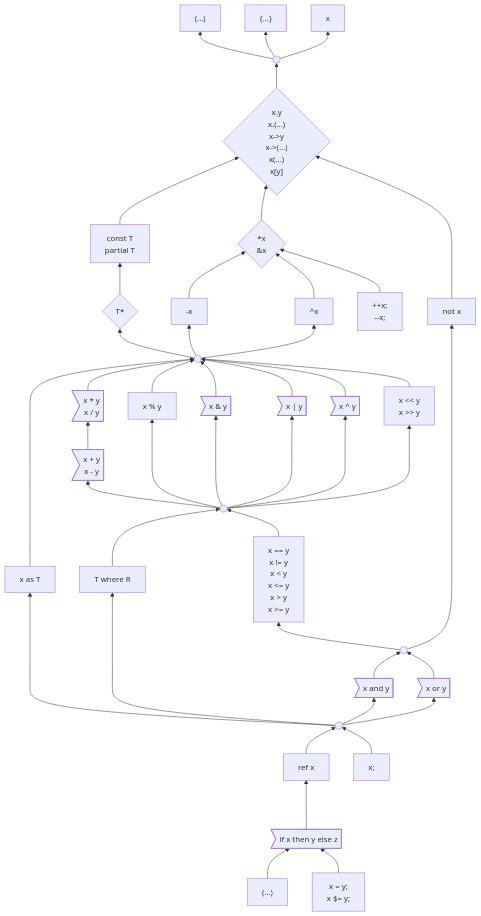
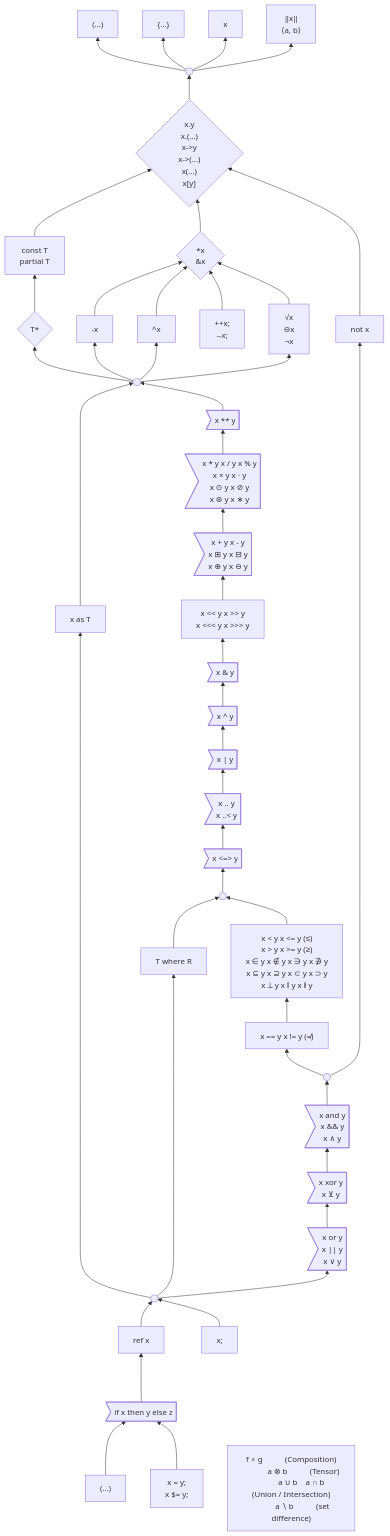
The diagram in 6 .../2 Unfinished Ideas.md (laro/Cilia), drawn with Mermaid before and after one commit.

Commit message:
Update 2 Unfinished Ideas.md

```diff
--- a/6 .../2 Unfinished Ideas.md
+++ b/6 .../2 Unfinished Ideas.md
@@ -156,6 +156,9 @@
 
     unqualifiedName["x"]
     click unqualifiedName "https://github.com/carbon-language/carbon-lang/blob/trunk/docs/design/expressions/README.md#unqualified-names"
+
+    sandwich["‖x‖
+              ⟨a, b⟩"]
 
     top((" "))
 
@@ -169,10 +172,10 @@
 
     qualifiedType["const T
                    partial T"]
-    click pointer-type "https://github.com/carbon-language/carbon-lang/blob/trunk/docs/design/expressions/type_operators.md"
+    click qualifiedType "https://github.com/carbon-language/carbon-lang/blob/trunk/docs/design/expressions/type_operators.md"
 
     pointerType{"T*"}
-    click pointer-type "https://github.com/carbon-language/carbon-lang/blob/trunk/docs/design/expressions/type_operators.md"
+    click pointerType "https://github.com/carbon-language/carbon-lang/blob/trunk/docs/design/expressions/type_operators.md"
 
     pointer{"*x
              &x"}
@@ -188,54 +191,75 @@
             --x;"]
     click incDec "https://github.com/carbon-language/carbon-lang/blob/trunk/docs/design/assignment.md"
 
+    prefixMath["√x
+                ⊖x
+                ¬x"]
+
     unary((" "))
 
     as["x as T"]
     click as "https://github.com/carbon-language/carbon-lang/blob/trunk/docs/design/expressions/implicit_conversions.md"
 
-    multiplication>"x * y
-                    x / y"]
+    power>"x ** y"]
+
+    multiplication>"x * y    x / y    x % y
+                    x × y    x ⋅ y
+                    x ⊙ y    x ⊘ y
+                    x ⊛ y    x ∗ y"]
     click multiplication "https://github.com/carbon-language/carbon-lang/blob/trunk/docs/design/expressions/arithmetic.md"
 
-    addition>"x + y
-              x - y"]
+    addition>"x + y    x - y
+              x ⊞ y    x ⊟ y
+              x ⊕ y    x ⊖ y"]
     click addition "https://github.com/carbon-language/carbon-lang/blob/trunk/docs/design/expressions/arithmetic.md"
 
-    modulo["x % y"]
-    click modulo "https://github.com/carbon-language/carbon-lang/blob/trunk/docs/design/expressions/arithmetic.md"
+    shift["x << y    x >> y
+           x <<< y   x >>> y"]
+    click shift "https://github.com/carbon-language/carbon-lang/blob/trunk/docs/design/expressions/bitwise.md"
 
     bitwise_and>"x & y"]
+    bitwise_xor>"x ^ y"]
     bitwise_or>"x | y"]
-    bitwise_xor>"x ^ y"]
     click bitwise_and "https://github.com/carbon-language/carbon-lang/blob/trunk/docs/design/expressions/bitwise.md"
+    click bitwise_xor "https://github.com/carbon-language/carbon-lang/blob/trunk/docs/design/expressions/bitwise.md"
     click bitwise_or "https://github.com/carbon-language/carbon-lang/blob/trunk/docs/design/expressions/bitwise.md"
-    click bitwise_xor "https://github.com/carbon-language/carbon-lang/blob/trunk/docs/design/expressions/bitwise.md"
 
-    shift["x << y
-           x >> y"]
-    click shift "https://github.com/carbon-language/carbon-lang/blob/trunk/docs/design/expressions/bitwise.md"
+    range>"x .. y
+           x ..< y"]
+
+    threeWay>"x <=> y"]
 
     binaryOps((" "))
 
     where["T where R"]
 
-    comparison["x == y
-                x != y
-                x < y
-                x <= y
-                x > y
-                x >= y"]
+    comparison["x < y    x <= y   (≤)
+                x > y    x >= y   (≥)
+                x ∈ y    x ∉ y    x ∋ y    x ∌ y
+                x ⊆ y    x ⊇ y    x ⊂ y    x ⊃ y
+                x ⟂ y    x ∥ y    x ∦ y"]
     click comparison "https://github.com/carbon-language/carbon-lang/blob/trunk/docs/design/expressions/comparison_operators.md"
+
+    equality["x == y    x != y   (≠)"]
+    click equality "https://github.com/carbon-language/carbon-lang/blob/trunk/docs/design/expressions/comparison_operators.md"
 
     not["not x"]
     click not "https://github.com/carbon-language/carbon-lang/blob/trunk/docs/design/expressions/logical_operators.md"
 
     logicalOperand((" "))
 
-    and>"x and y"]
+    and>"x and y
+         x && y
+         x ∧ y"]
     click and "https://github.com/carbon-language/carbon-lang/blob/trunk/docs/design/expressions/logical_operators.md"
 
-    or>"x or y"]
+    xor>"x xor y
+         x ⊻ y"]
+    click xor "https://github.com/carbon-language/carbon-lang/blob/trunk/docs/design/expressions/logical_operators.md"
+
+    or>"x or y
+        x || y
+        x ∨ y"]
     click or "https://github.com/carbon-language/carbon-lang/blob/trunk/docs/design/expressions/logical_operators.md"
 
     logicalExpression((" "))
@@ -253,7 +277,13 @@
 
     expressionStatement["x;"]
 
-    top --> parens & braces & unqualifiedName
+    %% Custom / partial precedence, declared at the operator definition (see below)
+    custom["f ∘ g           (Composition)
+            a ⊗ b           (Tensor)
+            a ∪ b    a ∩ b  (Union / Intersection)
+            a ∖ b           (set difference)"]
+
+    top --> parens & braces & unqualifiedName & sandwich
 
     suffixOps --> top
 
@@ -261,8 +291,8 @@
     pointerType --> qualifiedType
 
     pointer --> suffixOps
-    negation & complement & incDec --> pointer
-    unary --> pointerType & negation & complement
+    negation & complement & incDec & prefixMath --> pointer
+    unary --> pointerType & negation & complement & prefixMath
 
     %% Use a longer arrow here to put `not` next to other unary operators
     not ---> suffixOps
@@ -270,20 +300,29 @@
     %% `as` at the same level as `where` and comparisons
     as -----> unary
 
-    multiplication & modulo & bitwise_and & bitwise_or & bitwise_xor & shift --> unary
+    %% Binary chain, tightest (power) to loosest (threeWay); see the precedence table above
+    power --> unary
+    multiplication --> power
     addition --> multiplication
-    binaryOps --> addition & modulo & bitwise_and & bitwise_or & bitwise_xor & shift
+    shift --> addition
+    bitwise_and --> shift
+    bitwise_xor --> bitwise_and
+    bitwise_or --> bitwise_xor
+    range --> bitwise_or
+    threeWay --> range
+    binaryOps --> threeWay
 
     where --> binaryOps
     comparison --> binaryOps
-    logicalOperand --> comparison & not
+    equality --> comparison
+    logicalOperand --> equality & not
 
-    %% This helps group `and` and `or` together
-    classDef hidden display: none;
-    HIDDEN:::hidden ~~~ logicalOperand
+    %% LogicalAnd tighter than LogicalXor tighter than LogicalOr
+    and --> logicalOperand
+    xor --> and
+    or --> xor
 
-    and & or --> logicalOperand
-    logicalExpression --> as & where & and & or
+    logicalExpression --> as & where & or
     ref & expressionStatement --> logicalExpression
     if ---> ref
     insideParens & assignment --> if
```
